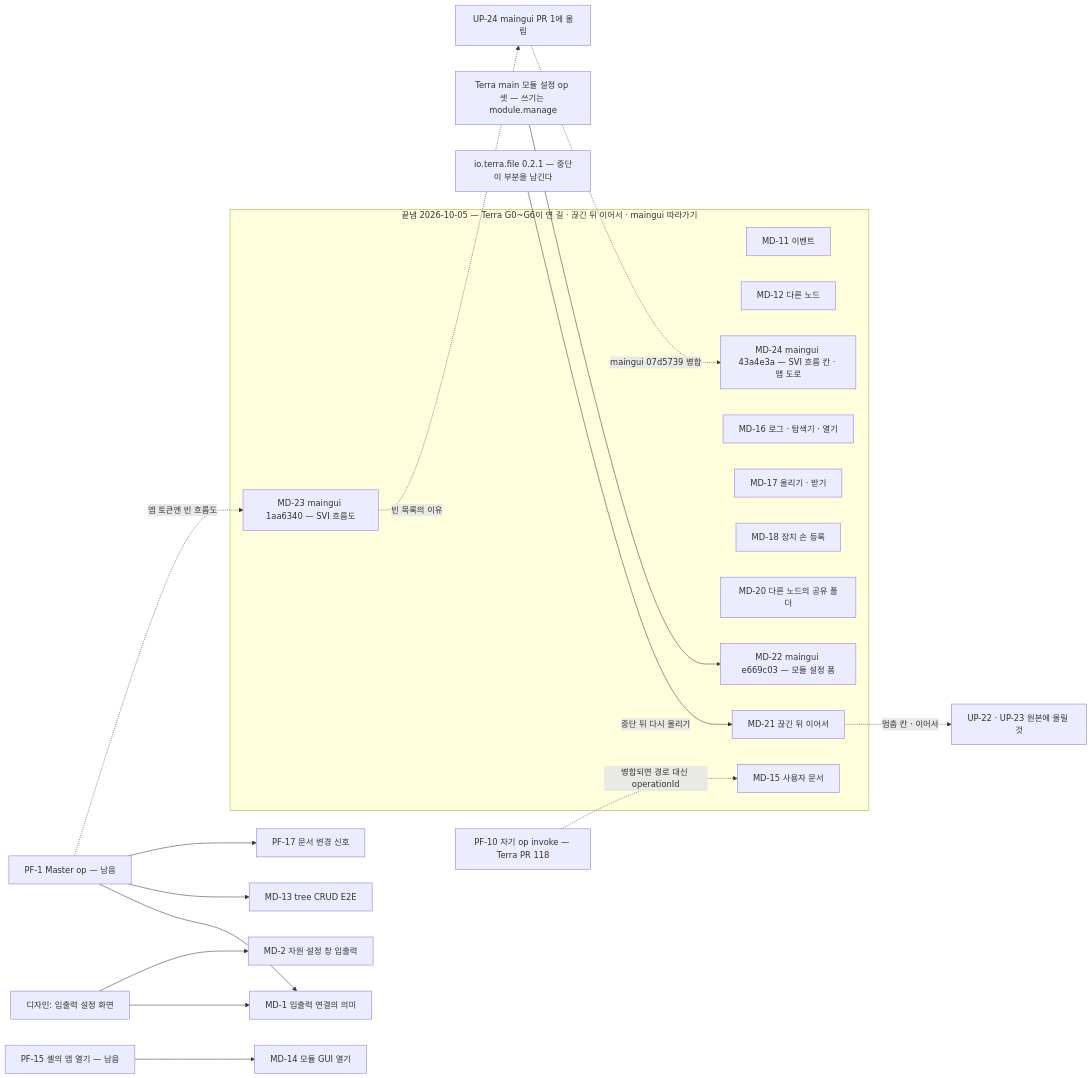
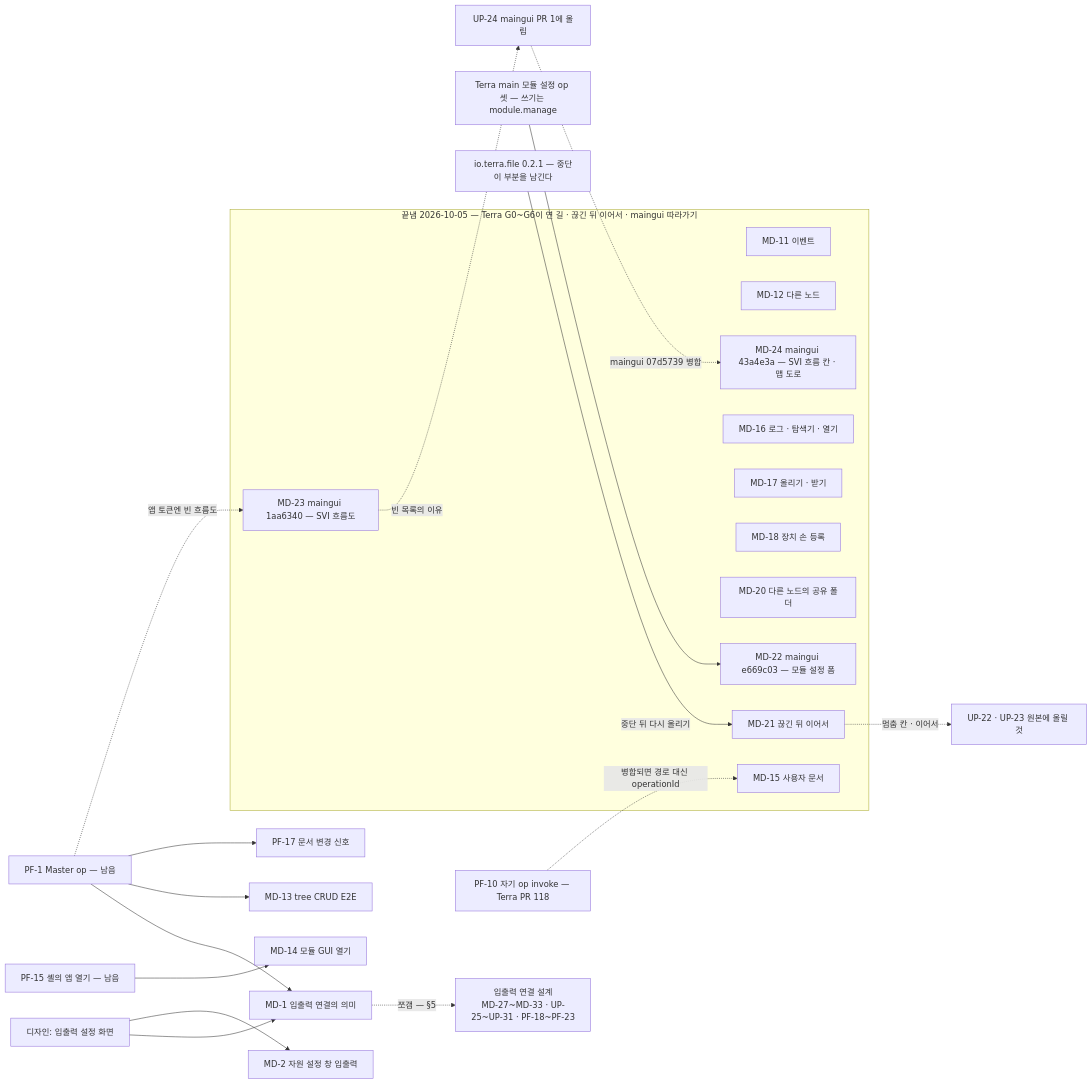
One commit to StellaxiaLab/modules changed the diagram in common/lab.stellaxia.node-gui/web/docs/guides/implementation-backlog.md. Above: the diagram before and after it, drawn with Mermaid. The commit also changed other lines of this file and 5 other files, not shown here.

````diff
--- a/common/lab.stellaxia.node-gui/web/docs/guides/implementation-backlog.md
+++ b/common/lab.stellaxia.node-gui/web/docs/guides/implementation-backlog.md
@@ -53,29 +54,30 @@
 ```mermaid
 flowchart LR
   subgraph DONE["끝냄 2026-10-05 — Terra G0~G6이 연 길 · 끊긴 뒤 이어서 · maingui 따라가기"]
     MD11["MD-11 이벤트"]
     MD12["MD-12 다른 노드"]
     MD15["MD-15 사용자 문서"]
     MD16["MD-16 로그 · 탐색기 · 열기"]
     MD17["MD-17 올리기 · 받기"]
     MD18["MD-18 장치 손 등록"]
     MD20["MD-20 다른 노드의 공유 폴더"]
     MD21["MD-21 끊긴 뒤 이어서"]
     MD22["MD-22 maingui e669c03 — 모듈 설정 폼"]
     MD23["MD-23 maingui 1aa6340 — SVI 흐름도"]
     MD24["MD-24 maingui 43a4e3a — SVI 흐름 칸 · 맵 도로"]
   end
   CFG["Terra main 모듈 설정 op 셋 — 쓰기는 module.manage"] --> MD22
   FILE021["io.terra.file 0.2.1 — 중단이 부분을 남긴다"] -->|"중단 뒤 다시 올리기"| MD21
   MD21 -.->|"멈춤 칸 · 이어서"| UP22["UP-22 · UP-23 원본에 올릴 것"]
   MD23 -.->|"빈 목록의 이유"| UP24["UP-24 maingui PR 1에 올림"]
   UP24 -.->|"maingui 07d5739 병합"| MD24
   PF10["PF-10 자기 op invoke — Terra PR 118"] -.->|"병합되면 경로 대신 operationId"| MD15
   PF1["PF-1 Master op — 남음"] --> MD1["MD-1 입출력 연결의 의미"]
   PF1 --> MD13["MD-13 tree CRUD E2E"]
   PF1 --> PF17["PF-17 문서 변경 신호"]
   PF1 -.->|"앱 토큰엔 빈 흐름도"| MD23
   PF15["PF-15 셸의 앱 열기 — 남음"] --> MD14["MD-14 모듈 GUI 열기"]
   DES["디자인: 입출력 설정 화면"] --> MD1
   DES --> MD2["MD-2 자원 설정 창 입출력"]
+  MD1 -.->|"쪼갬 — §5"| IOD["입출력 연결 설계<br/>MD-27~MD-33 · UP-25~UP-31 · PF-18~PF-23"]
 ```
````
